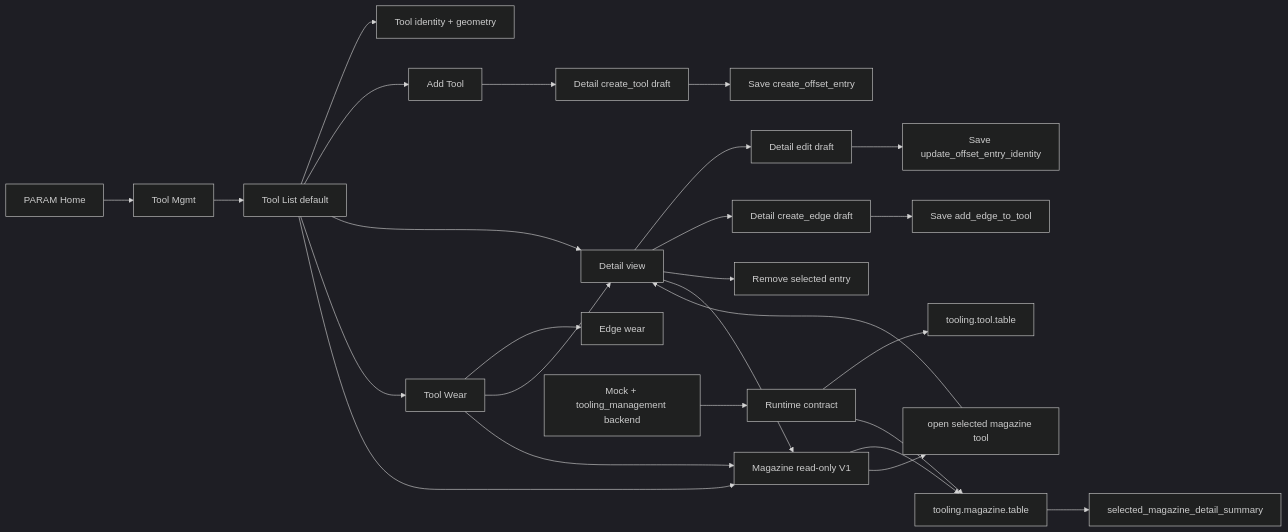
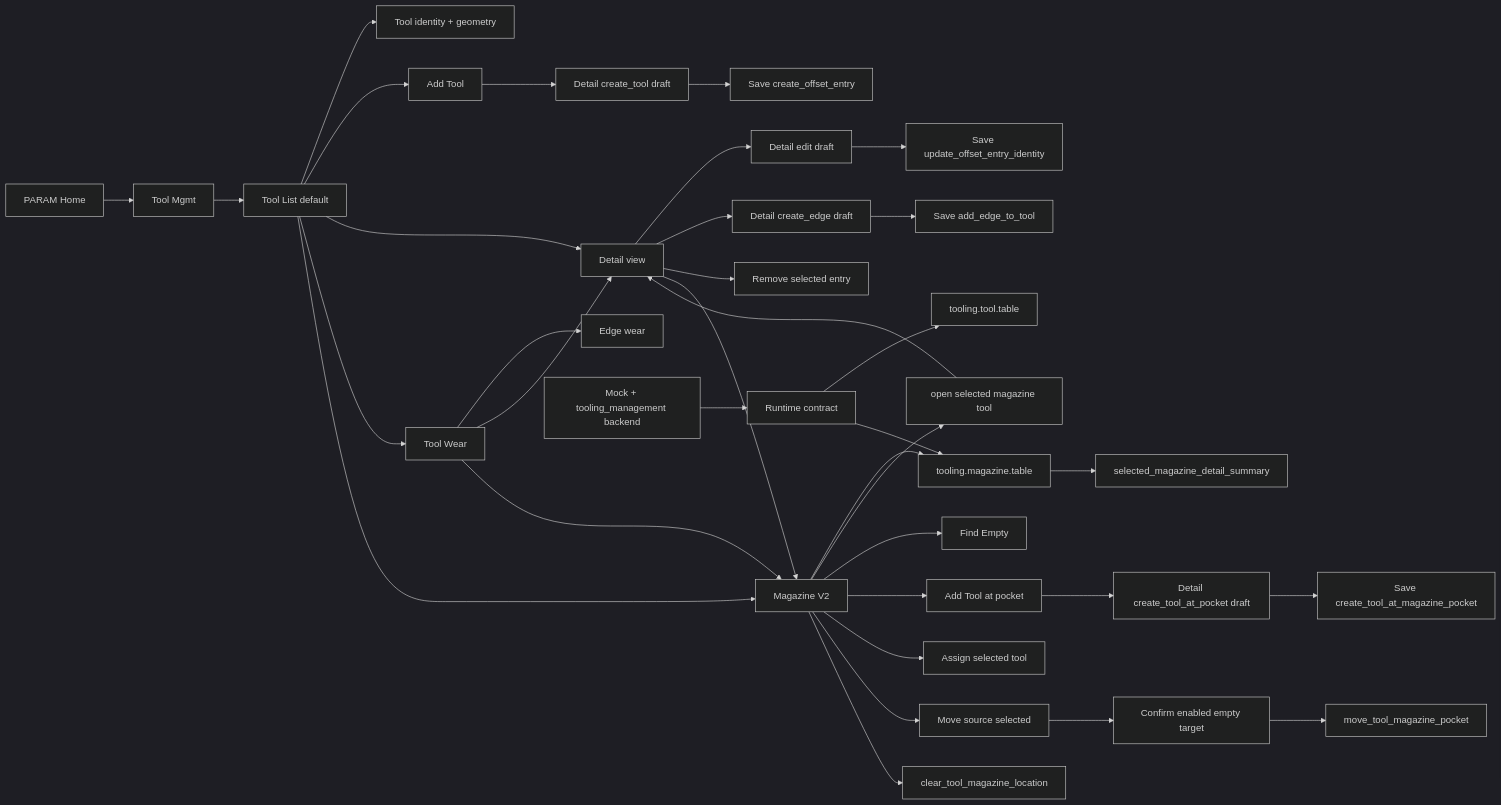
Before and after one commit to luppiterw/metanc_hmi_dsl_reports: the diagram in 2026-05-28-codex-session/architecture-diagram.md, drawn with Mermaid (dark theme). The commit also changed other lines of this file and 19 other files, not shown here.

````diff
--- a/2026-05-28-codex-session/architecture-diagram.md
+++ b/2026-05-28-codex-session/architecture-diagram.md
@@ -3,33 +3,42 @@
 ```mermaid
 flowchart LR
   Param[PARAM Home] --> ToolMgmt[Tool Mgmt]
   ToolMgmt --> ToolList[Tool List default]
 
   ToolList --> ListTable[Tool identity + geometry]
   ToolList --> AddTool[Add Tool]
   AddTool --> DetailCreateTool[Detail create_tool draft]
 
   ToolList --> DetailView[Detail view]
   ToolList --> ToolWear[Tool Wear]
   ToolWear --> WearTable[Edge wear]
   ToolWear --> DetailView
 
   DetailView --> EditDraft[Detail edit draft]
   DetailView --> EdgeDraft[Detail create_edge draft]
   DetailView --> Remove[Remove selected entry]
   DetailCreateTool --> SaveCreateTool[Save create_offset_entry]
   EdgeDraft --> SaveEdge[Save add_edge_to_tool]
   EditDraft --> SaveEdit[Save update_offset_entry_identity]
 
-  ToolList --> Magazine[Magazine read-only V1]
+  ToolList --> Magazine[Magazine V2]
   ToolWear --> Magazine
   DetailView --> Magazine
   Magazine --> MagazineTable[tooling.magazine.table]
   MagazineTable --> PocketContext[selected_magazine_detail_summary]
   Magazine --> OpenAssignedTool[open selected magazine tool]
   OpenAssignedTool --> DetailView
+  Magazine --> FindEmpty[Find Empty]
+  Magazine --> CreateAtPocket[Add Tool at pocket]
+  CreateAtPocket --> DetailCreatePocket[Detail create_tool_at_pocket draft]
+  DetailCreatePocket --> SaveCreateAtPocket[Save create_tool_at_magazine_pocket]
+  Magazine --> AssignTool[Assign selected tool]
+  Magazine --> MoveSource[Move source selected]
+  MoveSource --> MoveTarget[Confirm enabled empty target]
+  MoveTarget --> MoveCommand[move_tool_magazine_pocket]
+  Magazine --> Unload[clear_tool_magazine_location]
 
   Runtime[Runtime contract] --> ToolTable[tooling.tool.table]
   Runtime --> MagazineTable
   Backend[Mock + tooling_management backend] --> Runtime
 ```
````
